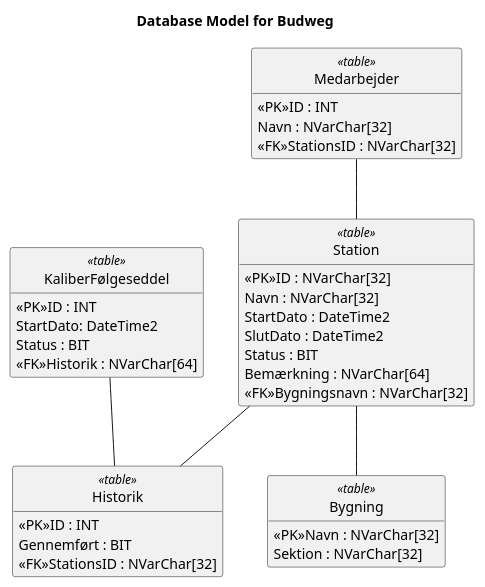
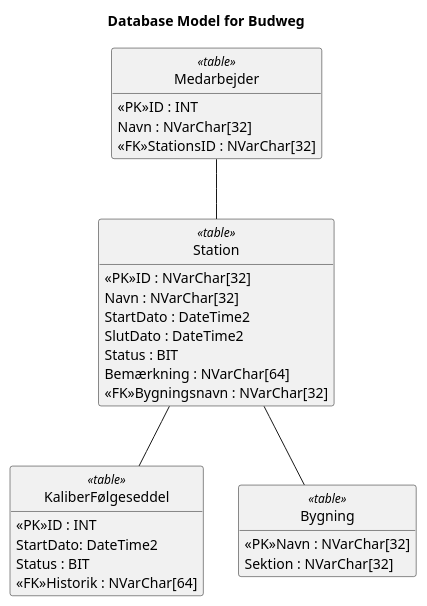
One commit to marsbo04/budweg changed the diagram in uml_artifacts/database_model.puml. Above: the diagram before and after it, drawn with PlantUML.

Commit message:
Remove history

```diff
--- a/uml_artifacts/database_model.puml
+++ b/uml_artifacts/database_model.puml
@@ -1,50 +1,43 @@
 @startuml database_model_budweg
 hide methods
 hide circle
 
 title Database Model for Budweg
 
 class "KaliberFølgeseddel" <<table>>
 {
     <<PK>>ID : INT
     StartDato: DateTime2
     Status : BIT
     <<FK>>Historik : NVarChar[64]
 }
 
 class "Station" <<table>>
 {
     <<PK>>ID : NVarChar[32]
     Navn : NVarChar[32]
     StartDato : DateTime2
     SlutDato : DateTime2
     Status : BIT
     Bemærkning : NVarChar[64]
     <<FK>>Bygningsnavn : NVarChar[32]
 }
-class "Historik" <<table>>
-{
-    <<PK>>ID : INT
-    Gennemført : BIT
-    <<FK>>StationsID : NVarChar[32]
-}
 
 class "Medarbejder" <<table>>
 {
     <<PK>>ID : INT
     Navn : NVarChar[32]
     <<FK>>StationsID : NVarChar[32]
 }
 
 class "Bygning" <<table>>
 {
     <<PK>>Navn : NVarChar[32]
     Sektion : NVarChar[32]
 }
 
-KaliberFølgeseddel -- Historik
-Station -- Historik
+Station -- KaliberFølgeseddel
 Station -- Bygning
 Medarbejder -- Station
 
 @enduml
```
